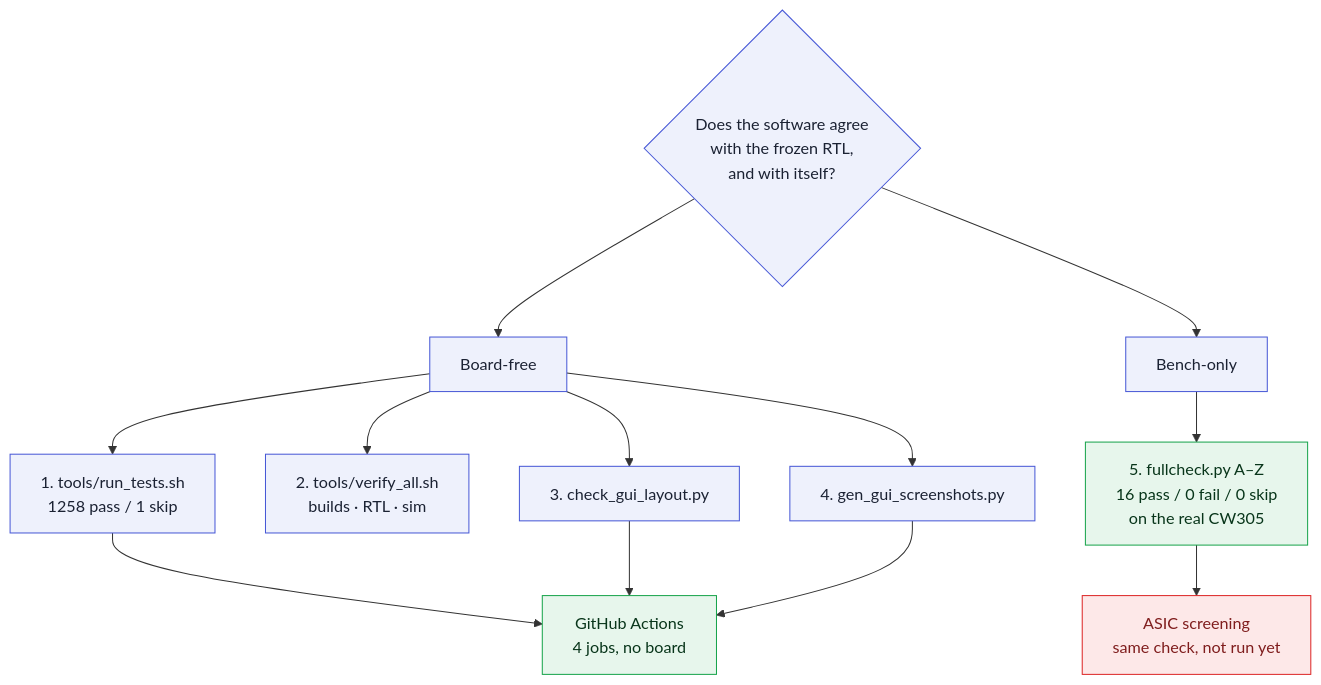
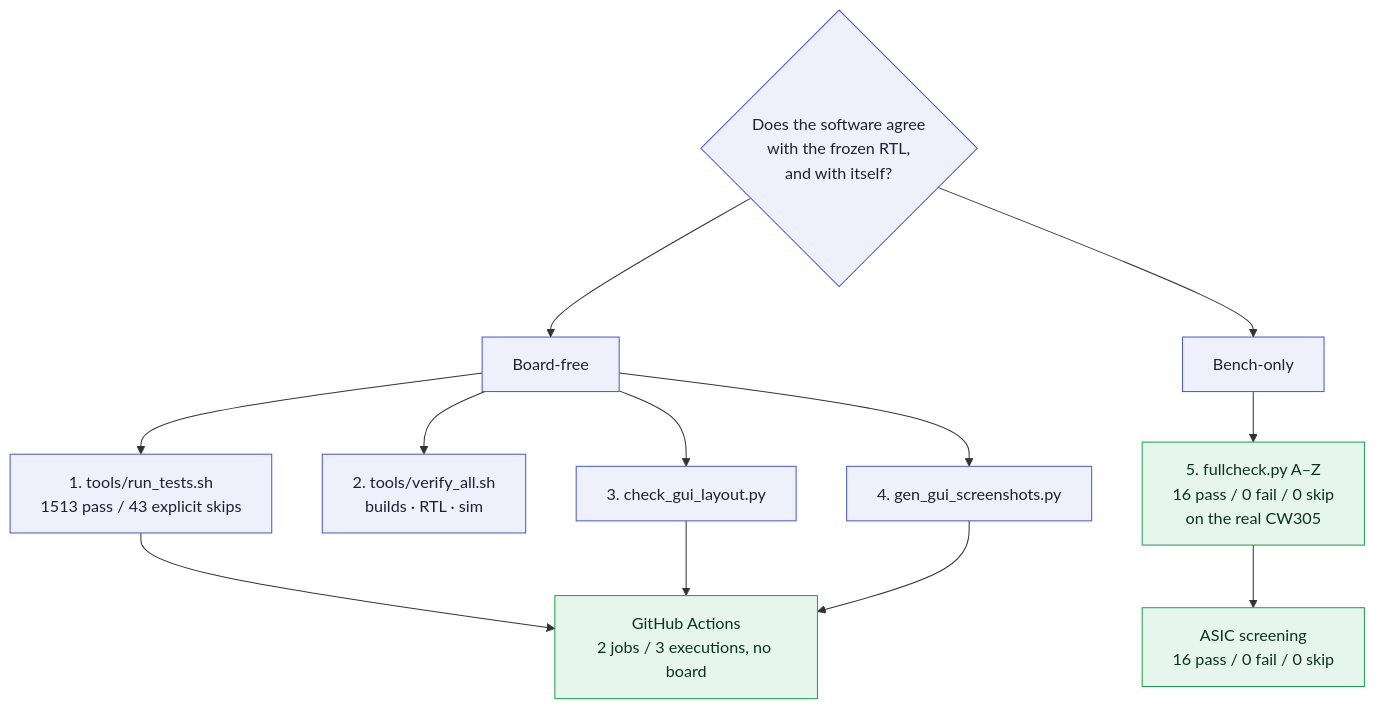
One commit to abolfazlsajadi/PROACT changed the first of 2 diagrams in docs/wiki/Testing.md. Above: the diagram before and after it, drawn with Mermaid. The commit also changed other lines of this file and 110 other files, not shown here.

````diff
--- a/docs/wiki/Testing.md
+++ b/docs/wiki/Testing.md
@@ -23,23 +23,23 @@
 ```mermaid
 flowchart TD
     Q{Does the software agree<br/>with the frozen RTL,<br/>and with itself?}:::step
     Q --> O[Board-free]:::step
     Q --> H[Bench-only]:::step
 
-    O --> T1[1. tools/run_tests.sh<br/>1258 pass / 1 skip]:::step
+    O --> T1[1. tools/run_tests.sh<br/>1513 pass / 43 explicit skips]:::step
     O --> T2[2. tools/verify_all.sh<br/>builds · RTL · sim]:::step
     O --> T3[3. check_gui_layout.py]:::step
     O --> T4[4. gen_gui_screenshots.py]:::step
-    T1 --> CI[GitHub Actions<br/>4 jobs, no board]:::ok
+    T1 --> CI[GitHub Actions<br/>2 jobs / 3 executions, no board]:::ok
     T3 --> CI
     T4 --> CI
 
     H --> HP[5. fullcheck.py A–Z<br/>16 pass / 0 fail / 0 skip<br/>on the real CW305]:::ok
-    HP --> ASIC[ASIC screening<br/>same check, not run yet]:::warn
+    HP --> ASIC[ASIC screening<br/>16 pass / 0 fail / 0 skip]:::ok
     classDef step fill:#eef1fc,stroke:#4657d6,color:#1b2233
     classDef ok fill:#e7f6ec,stroke:#16a34a,color:#08351a
     classDef warn fill:#fde8e8,stroke:#dc2626,color:#7f1d1d
     classDef trig fill:#fef3c7,stroke:#d97706,color:#78350f
     classDef star fill:#e0f5f3,stroke:#0f9d94,color:#08403b,font-weight:bold
     classDef soft fill:#f1f5f9,stroke:#94a3b8,color:#334155
 ```
````
